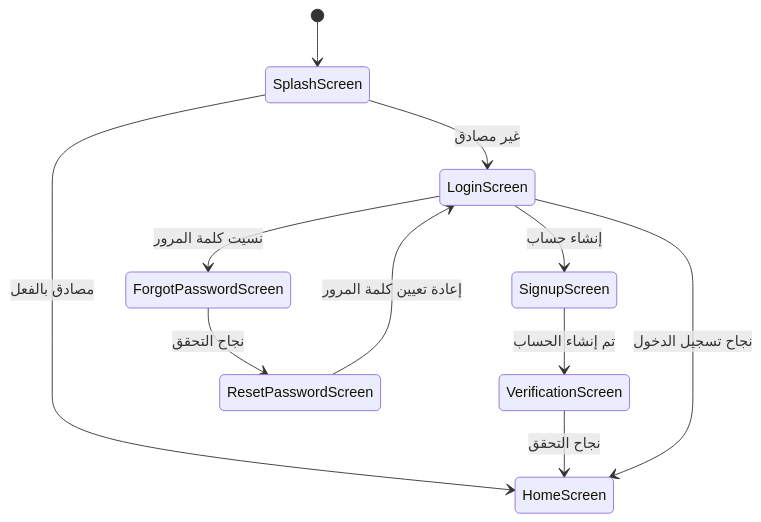
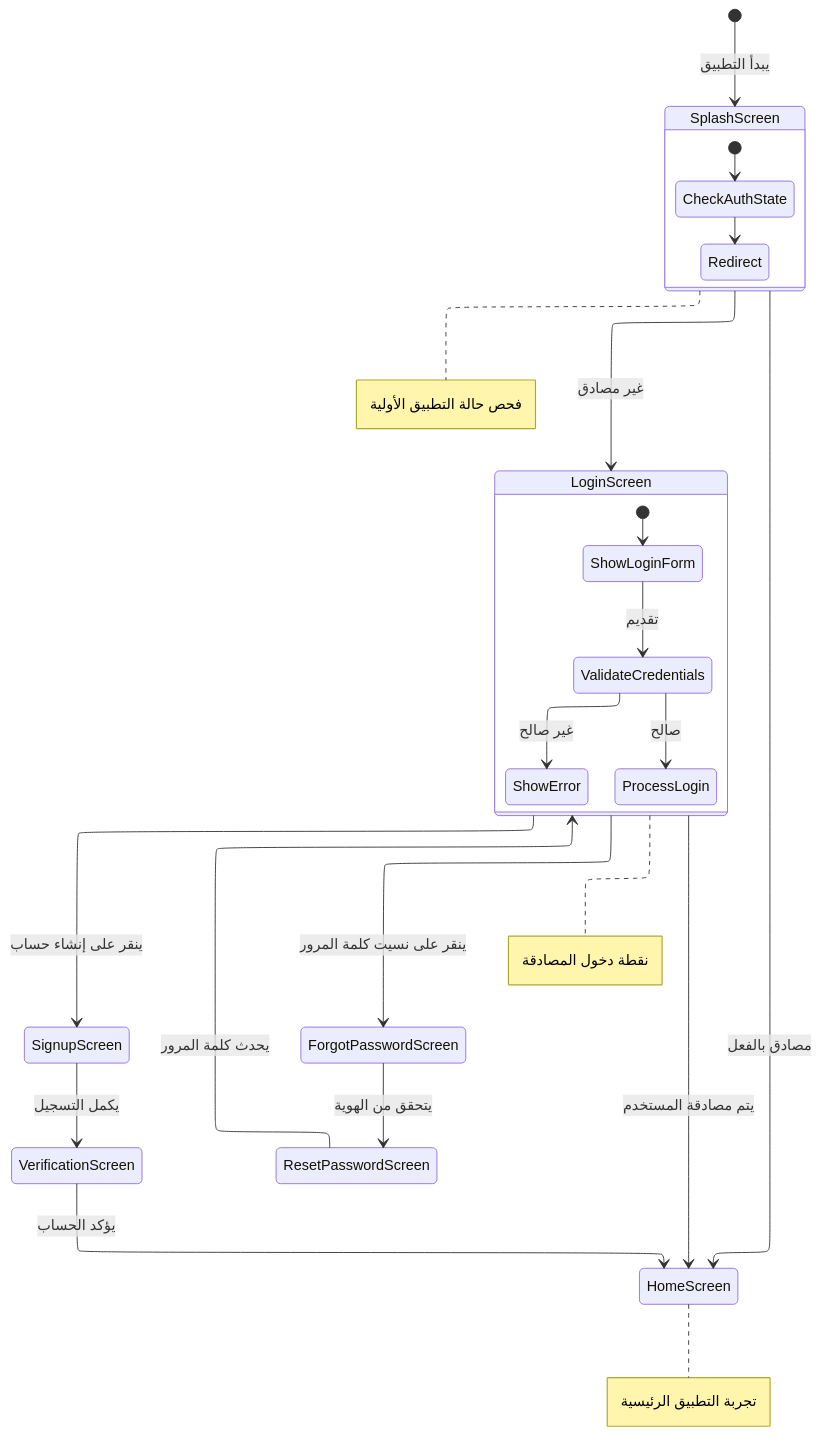
The second of 4 diagrams in lib/presentation/screens/README-ar.md (GeniusSystems24/genius_store), drawn with Mermaid before and after one commit. The commit also changed other lines of this file and 60 other files, not shown here.

Commit message:
- add animations to diagrams.

````diff
--- a/lib/presentation/screens/README-ar.md
+++ b/lib/presentation/screens/README-ar.md
@@ -58,13 +71,34 @@
 ```mermaid
+---
+config:
+  look: classic
+  layout: elk
+---
 stateDiagram-v2
-    [*] --> SplashScreen
+    [*] --> SplashScreen: يبدأ التطبيق
     SplashScreen --> LoginScreen: غير مصادق
     SplashScreen --> HomeScreen: مصادق بالفعل
-    LoginScreen --> SignupScreen: إنشاء حساب
-    LoginScreen --> ForgotPasswordScreen: نسيت كلمة المرور
-    SignupScreen --> VerificationScreen: تم إنشاء الحساب
-    ForgotPasswordScreen --> ResetPasswordScreen: نجاح التحقق
-    VerificationScreen --> HomeScreen: نجاح التحقق
-    ResetPasswordScreen --> LoginScreen: إعادة تعيين كلمة المرور
-    LoginScreen --> HomeScreen: نجاح تسجيل الدخول
+    LoginScreen --> SignupScreen: ينقر على إنشاء حساب
+    LoginScreen --> ForgotPasswordScreen: ينقر على نسيت كلمة المرور
+    SignupScreen --> VerificationScreen: يكمل التسجيل
+    ForgotPasswordScreen --> ResetPasswordScreen: يتحقق من الهوية
+    VerificationScreen --> HomeScreen: يؤكد الحساب
+    ResetPasswordScreen --> LoginScreen: يحدث كلمة المرور
+    LoginScreen --> HomeScreen: يتم مصادقة المستخدم
+    
+    note right of SplashScreen: فحص حالة التطبيق الأولية
+    note right of LoginScreen: نقطة دخول المصادقة
+    note right of HomeScreen: تجربة التطبيق الرئيسية
+    
+    state SplashScreen {
+        [*] --> CheckAuthState
+        CheckAuthState --> Redirect
+    }
+    
+    state LoginScreen {
+        [*] --> ShowLoginForm
+        ShowLoginForm --> ValidateCredentials: تقديم
+        ValidateCredentials --> ShowError: غير صالح
+        ValidateCredentials --> ProcessLogin: صالح
+    }
 ```
````
